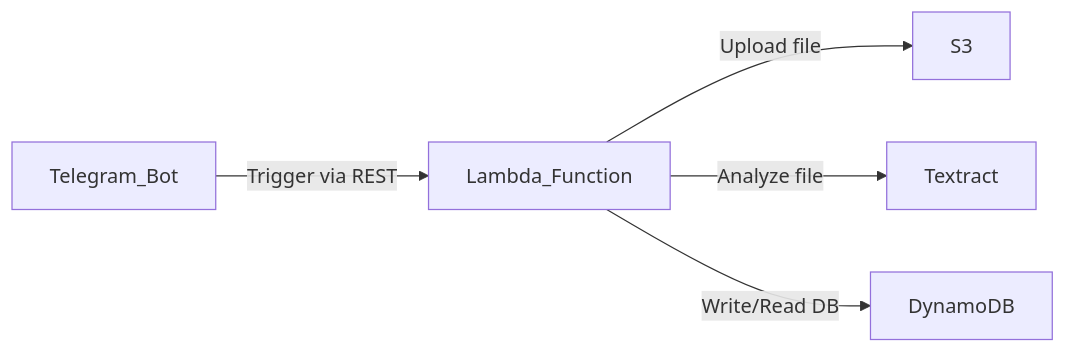
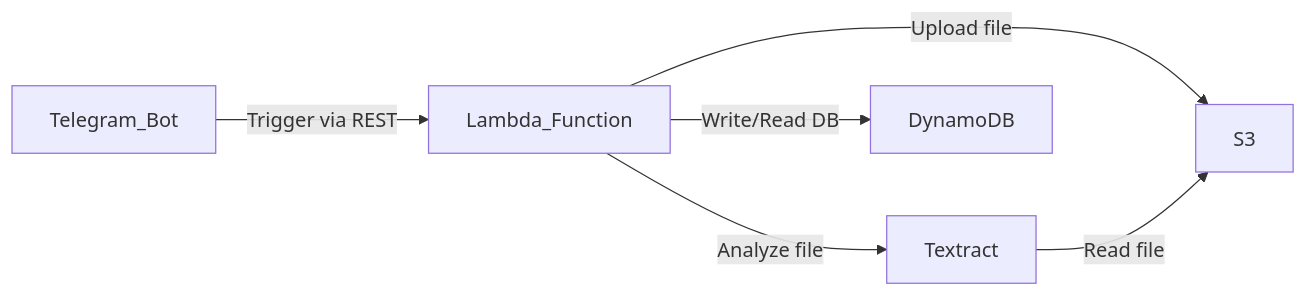
One commit to ludesdeveloper/expense_app changed the diagram in README.md. Above: the diagram before and after it, drawn with Mermaid.

Commit message:
update diagram

````diff
--- a/README.md
+++ b/README.md
@@ -7,7 +7,8 @@
 ```mermaid
 flowchart LR
     Telegram_Bot-- Trigger via REST -->Lambda_Function
     Lambda_Function-- Upload file --> S3
     Lambda_Function-- Analyze file --> Textract
     Lambda_Function-- Write/Read DB --> DynamoDB
+    Textract-- Read file --> S3
 ```
````
